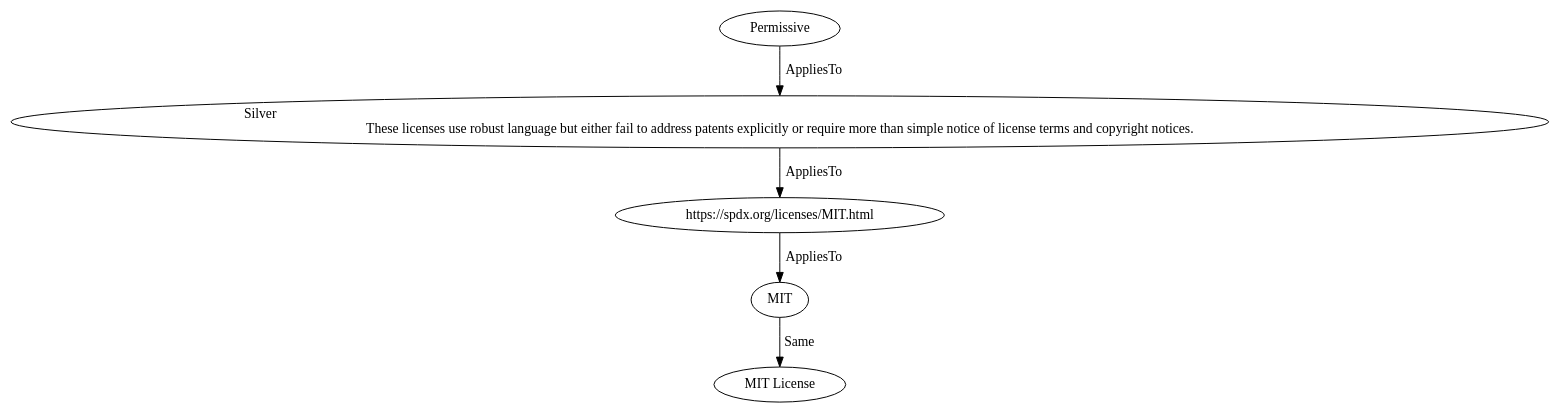
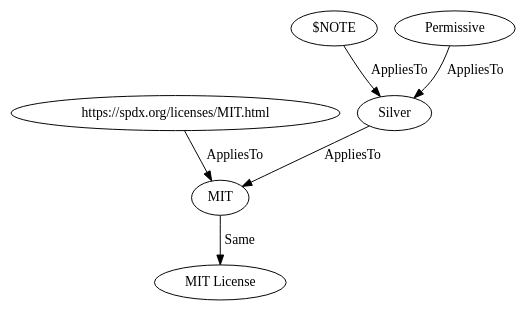
The diagram in test_output/source_blueoakcouncil/license/MIT.dot (maxhbr/LDBcollector), drawn with Graphviz before and after one commit. The commit also changed 39 other files, not shown here.

```diff
--- a/test_output/source_blueoakcouncil/license/MIT.dot
+++ b/test_output/source_blueoakcouncil/license/MIT.dot
@@ -1,11 +1,13 @@
 digraph {
-    0 [ label = "Permissive" ]
-    9 [ label = "Silver\lThese licenses use robust language but either fail to address patents explicitly or require more than simple notice of license terms and copyright notices." ]
-    55 [ label = "https://spdx.org/licenses/MIT.html" ]
+    55 [ label = "MIT License" ]
     56 [ label = "MIT" ]
-    57 [ label = "MIT License" ]
-    56 -> 57 [ label = "Same" ]
-    55 -> 56 [ label = "AppliesTo" ]
-    9 -> 55 [ label = "AppliesTo" ]
-    0 -> 9 [ label = "AppliesTo" ]
+    57 [ label = "https://spdx.org/licenses/MIT.html" ]
+    82 [ label = "Silver" ]
+    83 [ label = "$NOTE" ]
+    564 [ label = "Permissive" ]
+    56 -> 55 [ label = "Same" ]
+    57 -> 56 [ label = "AppliesTo" ]
+    82 -> 56 [ label = "AppliesTo" ]
+    83 -> 82 [ label = "AppliesTo" ]
+    564 -> 82 [ label = "AppliesTo" ]
 }
```
